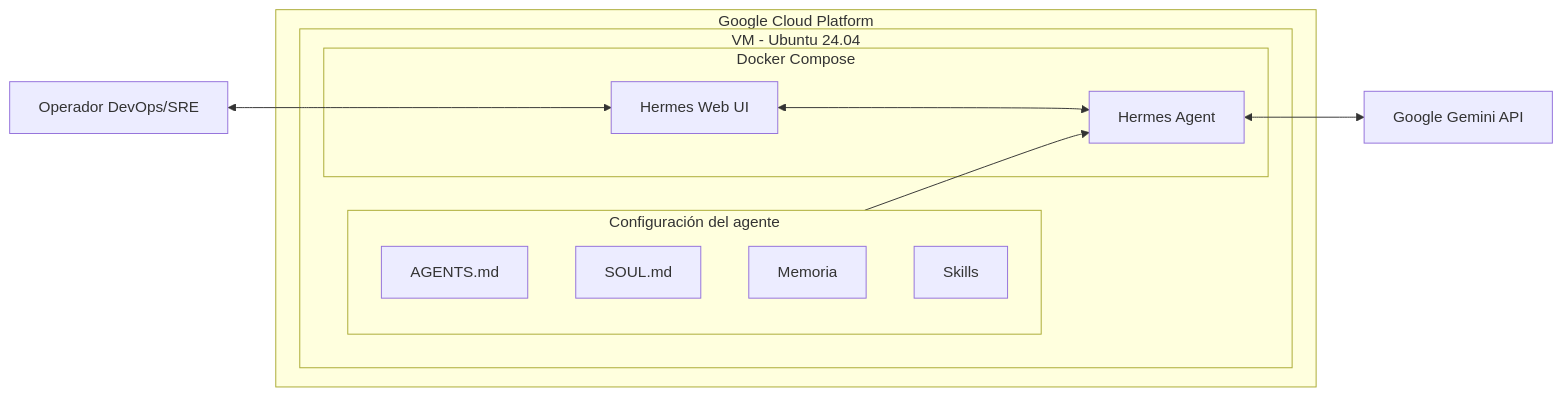
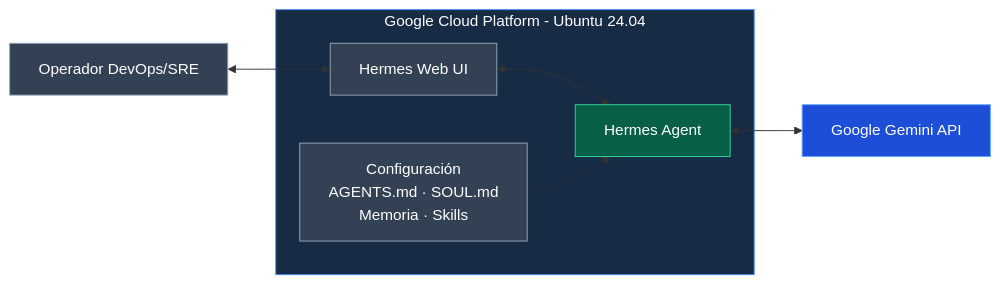
The diagram in README.md (nfloresit/Devops-sre-agent), drawn with Mermaid before and after one commit. The commit also changed other lines of this file, not shown here.

````diff
--- a/README.md
+++ b/README.md
@@ -40,28 +41,25 @@
 ```mermaid
 flowchart LR
     U["Operador DevOps/SRE"]
 
-    subgraph GCP["Google Cloud Platform"]
-        subgraph VM["VM - Ubuntu 24.04"]
-            subgraph Docker["Docker Compose"]
-                UI["Hermes Web UI"]
-                HA["Hermes Agent"]
-                UI <--> HA
-            end
+    subgraph GCP["Google Cloud Platform - Ubuntu 24.04"]
+        UI["Hermes Web UI"]
+        HA["Hermes Agent"]
+        CFG["Configuración<br/>AGENTS.md · SOUL.md<br/>Memoria · Skills"]
 
-            subgraph Config["Configuración del agente"]
-                A["AGENTS.md"]
-                S["SOUL.md"]
-                M["Memoria"]
-                K["Skills"]
-            end
-
-            Config --> HA
-        end
+        UI <--> HA
+        CFG -.-> HA
     end
 
     G["Google Gemini API"]
 
     U <--> UI
     HA <--> G
+
+    style GCP fill:#172b45,stroke:#4285f4,color:#ffffff
+    style UI fill:#334155,stroke:#94a3b8,color:#ffffff
+    style HA fill:#065f46,stroke:#34d399,color:#ffffff
+    style CFG fill:#334155,stroke:#94a3b8,color:#ffffff
+    style G fill:#1d4ed8,stroke:#60a5fa,color:#ffffff
+    style U fill:#334155,stroke:#94a3b8,color:#ffffff
 ```
````
